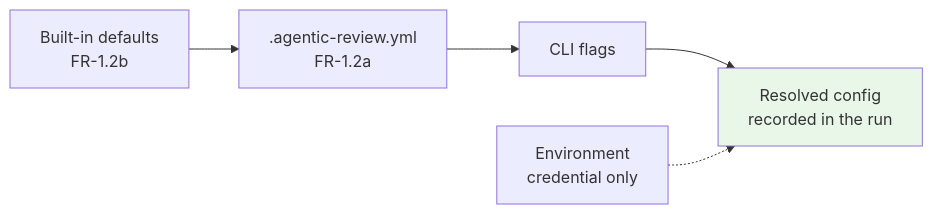
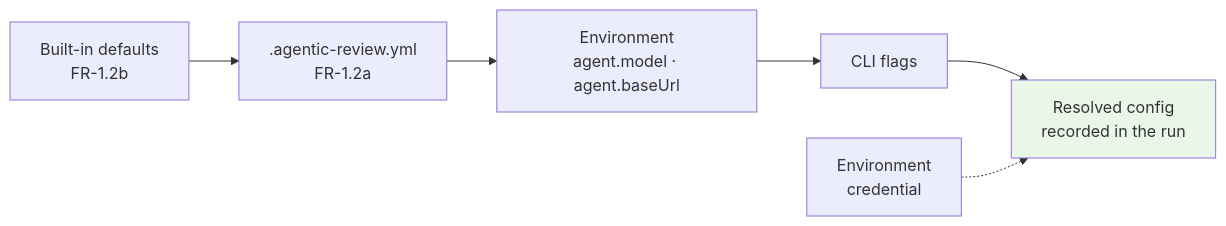
Before and after one commit to MoKenawy/Pull-request-Reviewer: the third of 3 diagrams in Docs/design/05-cross-cutting.md, drawn with Mermaid. The commit also changed other lines of this file and 12 other files, not shown here.

First line of the commit message:
feat(config): read the model and endpoint from the environment

````diff
--- a/Docs/design/05-cross-cutting.md
+++ b/Docs/design/05-cross-cutting.md
@@ -171,7 +171,7 @@
 ```mermaid
 flowchart LR
-    D["Built-in defaults<br/>FR-1.2b"] --> F[".agentic-review.yml<br/>FR-1.2a"] --> C["CLI flags"] --> R["Resolved config<br/>recorded in the run"]
-    E["Environment<br/>credential only"] -.-> R
+    D["Built-in defaults<br/>FR-1.2b"] --> F[".agentic-review.yml<br/>FR-1.2a"] --> E["Environment<br/>agent.model · agent.baseUrl"] --> C["CLI flags"] --> R["Resolved config<br/>recorded in the run"]
+    K["Environment<br/>credential"] -.-> R
 
     style R fill:#e8f7e8
 ```
````
